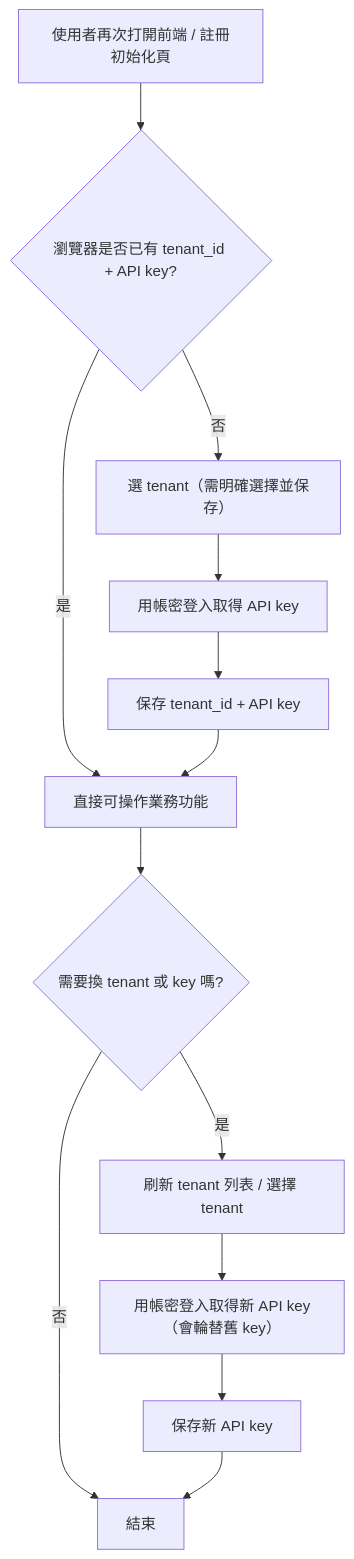
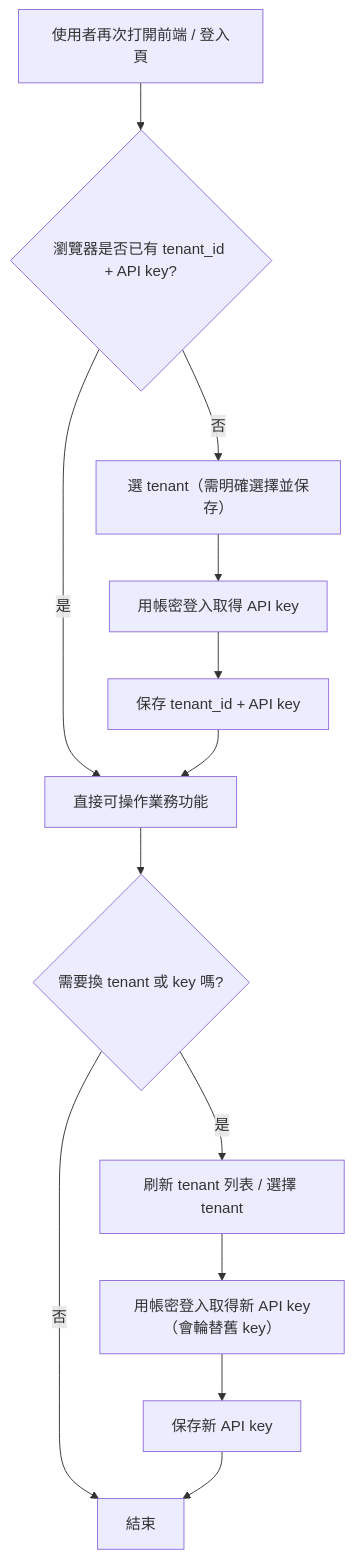
One commit to yucheng384752/Form-analysis-server-specify-kit changed the second of 2 diagrams in getting-started/REGISTRATION_FLOW.md. Above: the diagram before and after it, drawn with Mermaid. The commit also changed other lines of this file and 18 other files, not shown here.

````diff
--- a/getting-started/REGISTRATION_FLOW.md
+++ b/getting-started/REGISTRATION_FLOW.md
@@ -34,16 +40,16 @@
 ```mermaid
 flowchart TD
-  A[使用者再次打開前端 / 註冊初始化頁] --> B{瀏覽器是否已有 tenant_id + API key?}
+  A[使用者再次打開前端 / 登入頁] --> B{瀏覽器是否已有 tenant_id + API key?}
   B -- 是 --> C[直接可操作業務功能]
   C --> D{需要換 tenant 或 key 嗎?}
   D -- 否 --> Z[結束]
   D -- 是 --> E[刷新 tenant 列表 / 選擇 tenant]
   E --> F[用帳密登入取得新 API key（會輪替舊 key）]
   F --> G[保存新 API key]
   G --> Z
 
   B -- 否 --> H[選 tenant（需明確選擇並保存）]
   H --> I[用帳密登入取得 API key]
   I --> J[保存 tenant_id + API key]
   J --> C
 ```
````
